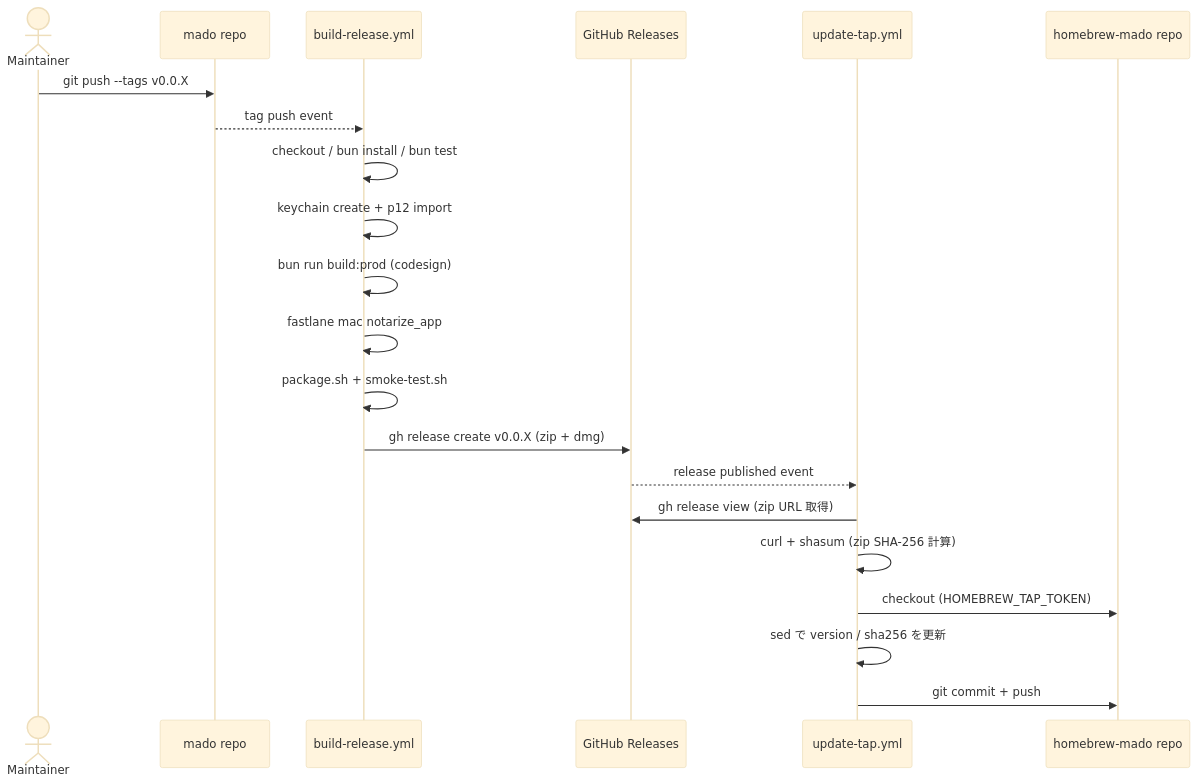
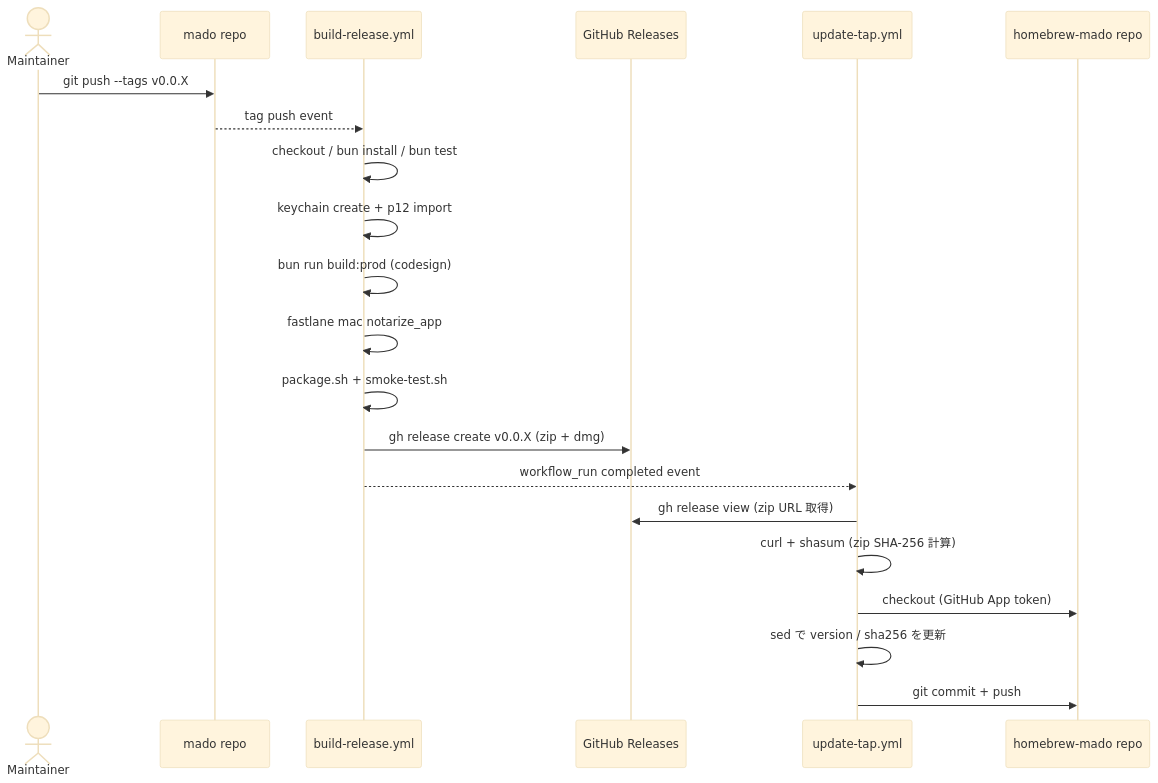
One commit to hummer98/mado changed the first of 2 diagrams in docs/release-automation.md. Above: the diagram before and after it, drawn with Mermaid (base theme). The commit also changed other lines of this file and 1 other file, not shown here.

First line of the commit message:
ci(update-tap): switch trigger from release:published to workflow_run

````diff
--- a/docs/release-automation.md
+++ b/docs/release-automation.md
@@ -25,24 +25,24 @@
 ```mermaid
 sequenceDiagram
     actor Maintainer
     participant Mado as mado repo
     participant BuildRel as build-release.yml
     participant Releases as GitHub Releases
     participant UpdateTap as update-tap.yml
     participant Tap as homebrew-mado repo
 
     Maintainer->>Mado: git push --tags v0.0.X
     Mado-->>BuildRel: tag push event
     BuildRel->>BuildRel: checkout / bun install / bun test
     BuildRel->>BuildRel: keychain create + p12 import
     BuildRel->>BuildRel: bun run build:prod (codesign)
     BuildRel->>BuildRel: fastlane mac notarize_app
     BuildRel->>BuildRel: package.sh + smoke-test.sh
     BuildRel->>Releases: gh release create v0.0.X (zip + dmg)
-    Releases-->>UpdateTap: release published event
+    BuildRel-->>UpdateTap: workflow_run completed event
     UpdateTap->>Releases: gh release view (zip URL 取得)
     UpdateTap->>UpdateTap: curl + shasum (zip SHA-256 計算)
-    UpdateTap->>Tap: checkout (HOMEBREW_TAP_TOKEN)
+    UpdateTap->>Tap: checkout (GitHub App token)
     UpdateTap->>UpdateTap: sed で version / sha256 を更新
     UpdateTap->>Tap: git commit + push
 ```
````
